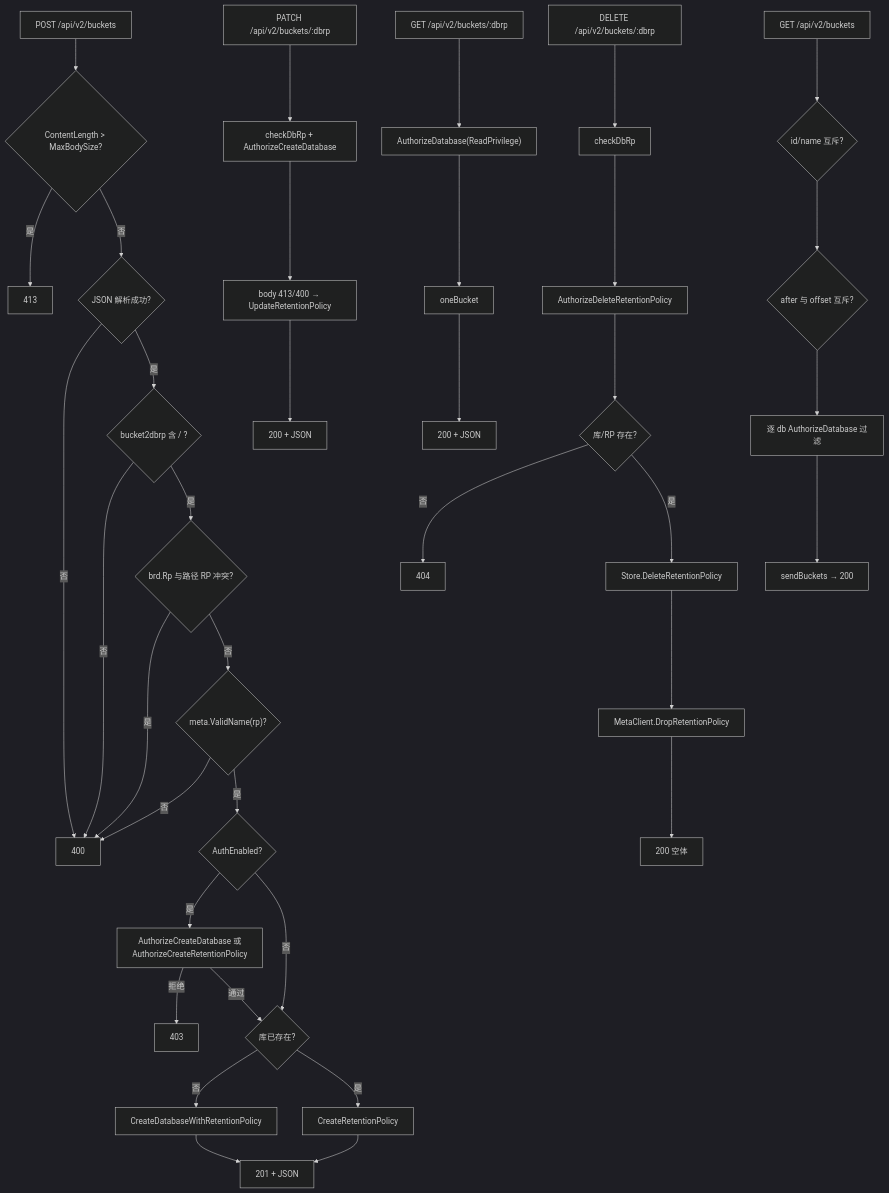
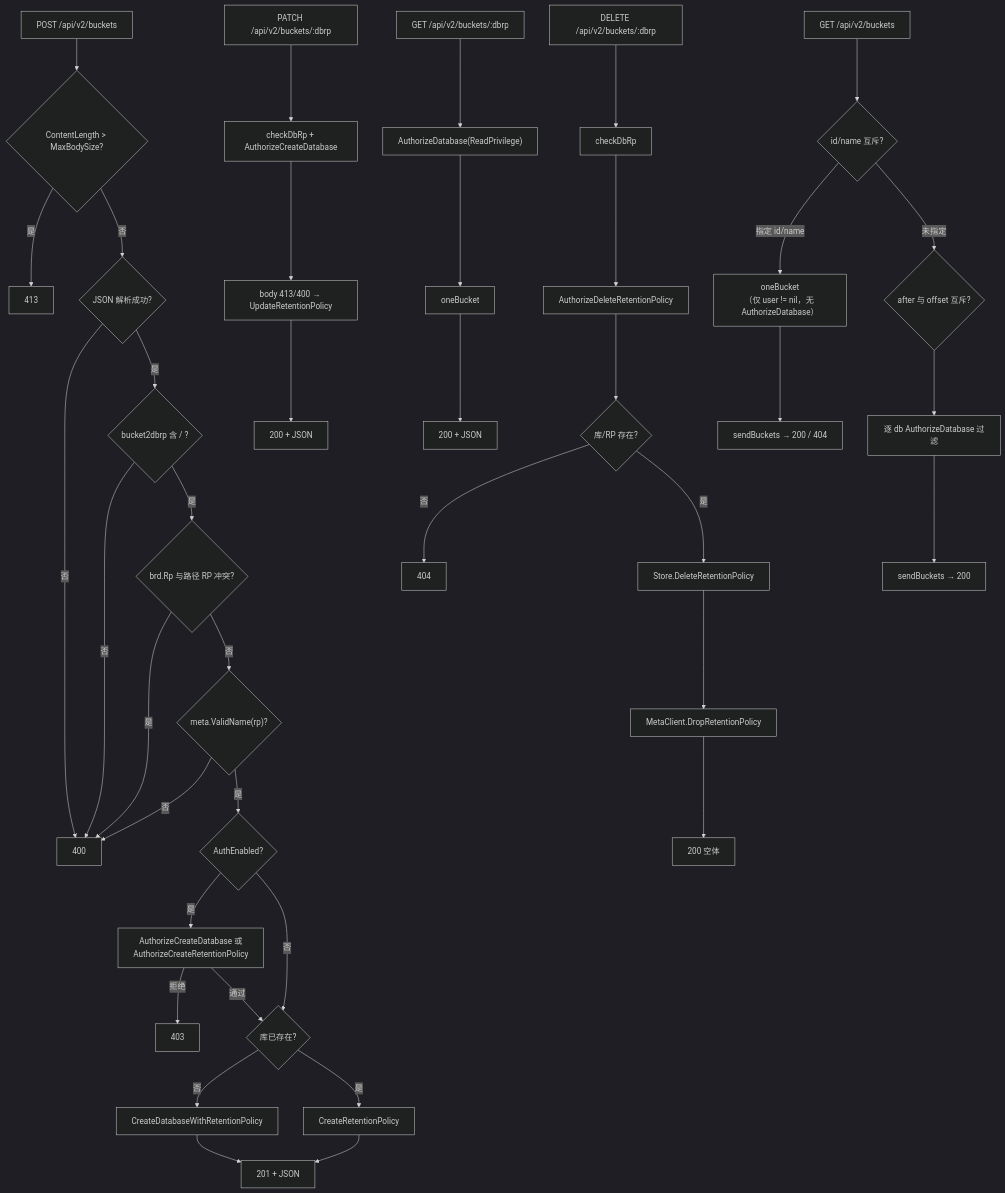
The fourth of 16 diagrams in docs/specs/10_http_service_spec.md (stefanv5/influxdb), drawn with Mermaid (dark theme) before and after one commit. The commit also changed other lines of this file and 18 other files, not shown here.

````diff
--- a/docs/specs/10_http_service_spec.md
+++ b/docs/specs/10_http_service_spec.md
@@ -987,43 +988,45 @@
 ```mermaid
 flowchart TD
     P["POST /api/v2/buckets"] --> P1{"ContentLength > MaxBodySize?"}
     P1 -->|"是"| E413["413"]
     P1 -->|"否"| P2{"JSON 解析成功?"}
     P2 -->|"否"| E400["400"]
     P2 -->|"是"| P3{"bucket2dbrp 含 / ?"}
     P3 -->|"否"| E400
     P3 -->|"是"| P4{"brd.Rp 与路径 RP 冲突?"}
     P4 -->|"是"| E400
     P4 -->|"否"| P5{"meta.ValidName(rp)?"}
     P5 -->|"否"| E400
     P5 -->|"是"| P6{"AuthEnabled?"}
     P6 -->|"是"| P7["AuthorizeCreateDatabase 或<br/>AuthorizeCreateRetentionPolicy"]
     P7 -->|"拒绝"| E403["403"]
     P6 -->|"否"| P8{"库已存在?"}
     P7 -->|"通过"| P8
     P8 -->|"否"| P9["CreateDatabaseWithRetentionPolicy"]
     P8 -->|"是"| P10["CreateRetentionPolicy"]
     P9 --> P11["201 + JSON"]
     P10 --> P11
 
     D["DELETE /api/v2/buckets/:dbrp"] --> D1["checkDbRp"]
     D1 --> D2["AuthorizeDeleteRetentionPolicy"]
     D2 --> D3{"库/RP 存在?"}
     D3 -->|"否"| E404["404"]
     D3 -->|"是"| D4["Store.DeleteRetentionPolicy"]
     D4 --> D5["MetaClient.DropRetentionPolicy"]
     D5 --> D6["200 空体"]
 
     U["PATCH /api/v2/buckets/:dbrp"] --> U1["checkDbRp + AuthorizeCreateDatabase"]
     U1 --> U2["body 413/400 → UpdateRetentionPolicy"]
     U2 --> U3["200 + JSON"]
 
     G["GET /api/v2/buckets/:dbrp"] --> G1["AuthorizeDatabase(ReadPrivilege)"]
     G1 --> G2["oneBucket"]
     G2 --> G3["200 + JSON"]
 
     L["GET /api/v2/buckets"] --> L1{"id/name 互斥?"}
-    L1 --> L2{"after 与 offset 互斥?"}
+    L1 -->|"指定 id/name"| L5["oneBucket<br/>（仅 user != nil，无 AuthorizeDatabase）"]
+    L5 --> L6["sendBuckets → 200 / 404"]
+    L1 -->|"未指定"| L2{"after 与 offset 互斥?"}
     L2 --> L3["逐 db AuthorizeDatabase 过滤"]
     L3 --> L4["sendBuckets → 200"]
 ```
````
